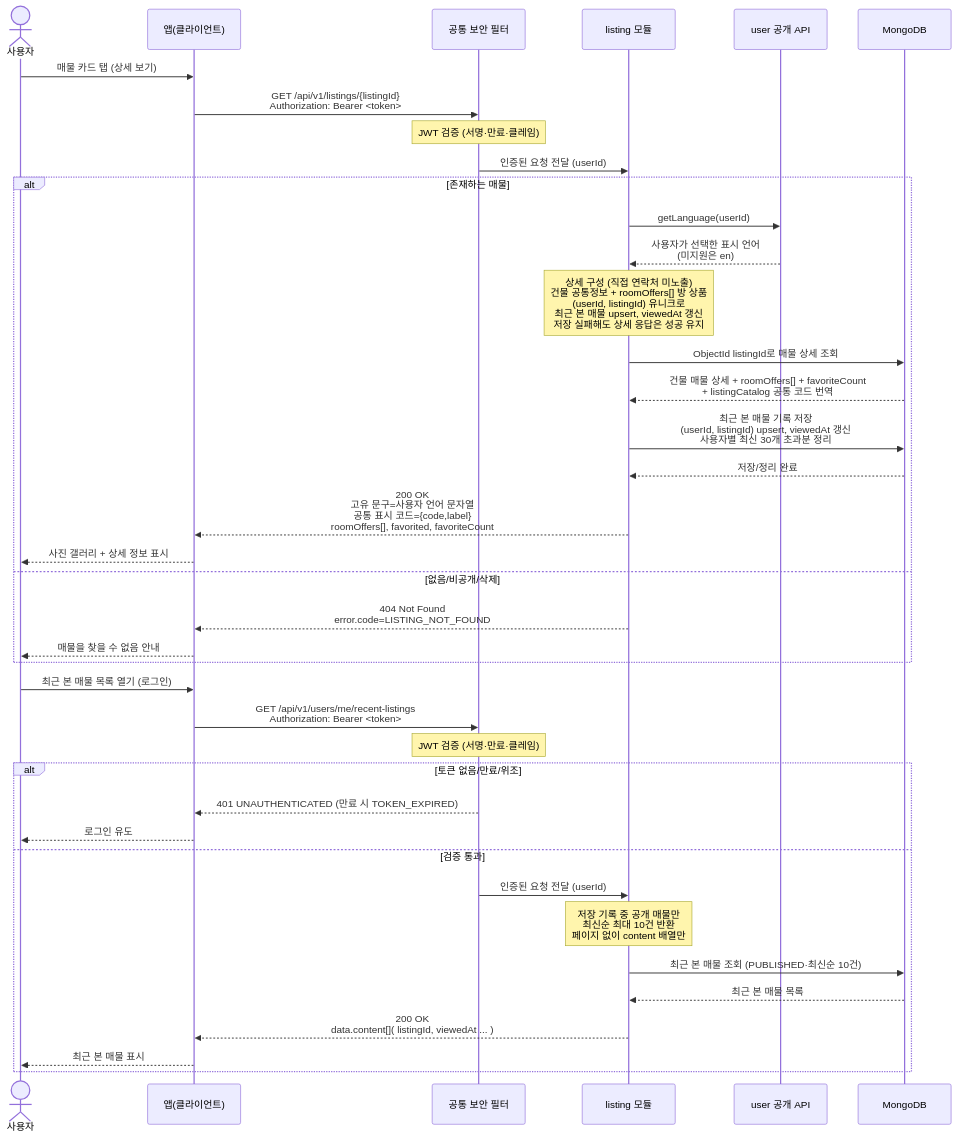
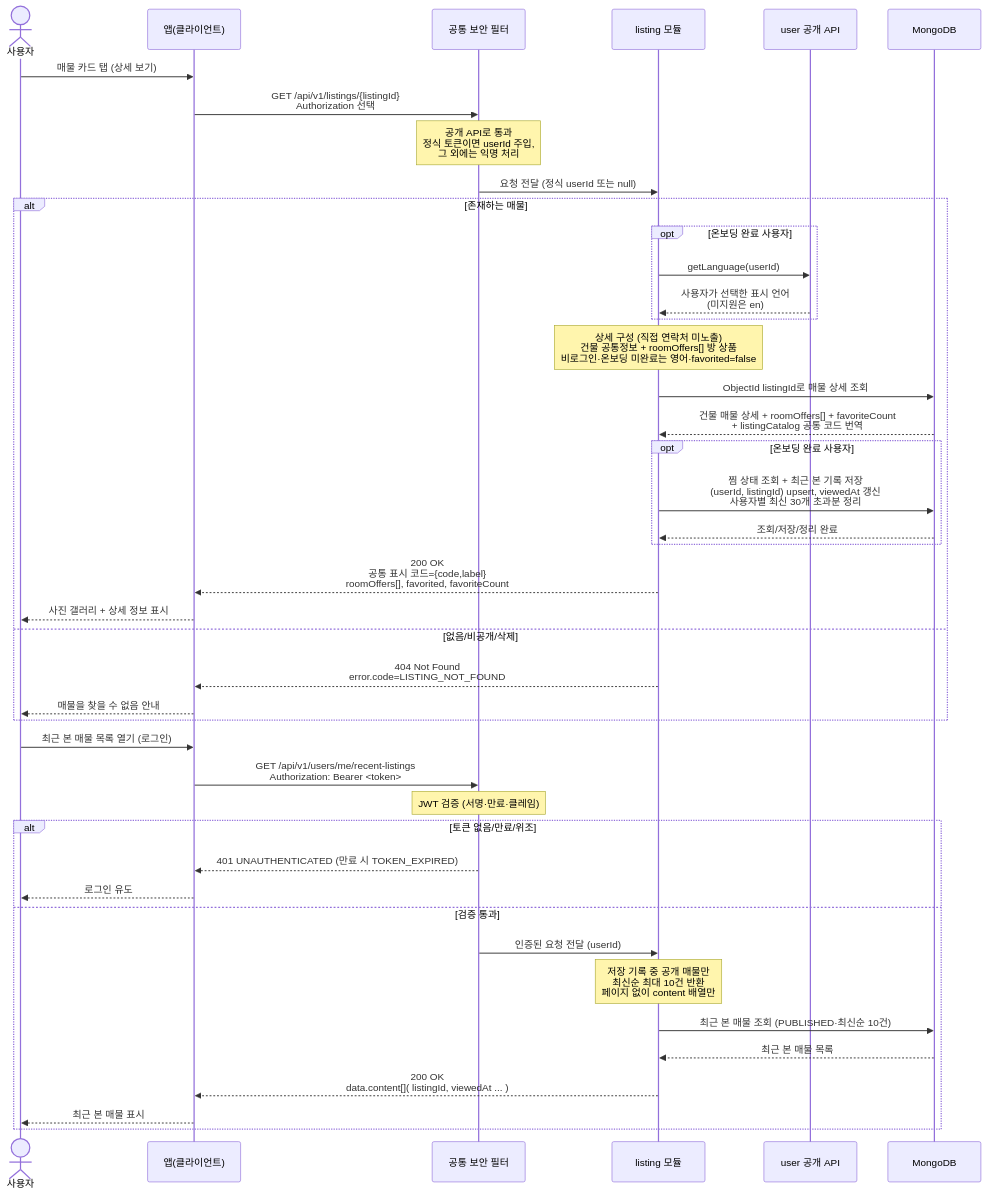
Before and after one commit to jameskim9509/Kohere-backend: the diagram in docs/architecture/sequence-diagrams/03-listings-favorites/us-3-4-listing-detail-recent-viewed.md, drawn with Mermaid. The commit also changed other lines of this file and 7 other files, not shown here.

Commit message:
feat(listing): 비로그인 탐색과 사용자 기능 인증 분리 (#182) (#183)

````diff
--- a/docs/architecture/sequence-diagrams/03-listings-favorites/us-3-4-listing-detail-recent-viewed.md
+++ b/docs/architecture/sequence-diagrams/03-listings-favorites/us-3-4-listing-detail-recent-viewed.md
@@ -5,42 +5,46 @@
 ```mermaid
 sequenceDiagram
     actor U as 사용자
     participant C as 앱(클라이언트)
     participant SEC as 공통 보안 필터
     participant LIST as listing 모듈
     participant USER as user 공개 API
     participant DB as MongoDB
 
     U->>C: 매물 카드 탭 (상세 보기)
-    C->>SEC: GET /api/v1/listings/{listingId}<br/>Authorization: Bearer <token>
-    Note over SEC: JWT 검증 (서명·만료·클레임)
-    SEC->>LIST: 인증된 요청 전달 (userId)
+    C->>SEC: GET /api/v1/listings/{listingId}<br/>Authorization 선택
+    Note over SEC: 공개 API로 통과<br/>정식 토큰이면 userId 주입,<br/>그 외에는 익명 처리
+    SEC->>LIST: 요청 전달 (정식 userId 또는 null)
     alt 존재하는 매물
-        LIST->>USER: getLanguage(userId)
-        USER-->>LIST: 사용자가 선택한 표시 언어<br/>(미지원은 en)
-        Note over LIST: 상세 구성 (직접 연락처 미노출)<br/>건물 공통정보 + roomOffers[] 방 상품<br/>(userId, listingId) 유니크로<br/>최근 본 매물 upsert, viewedAt 갱신<br/>저장 실패해도 상세 응답은 성공 유지
+        opt 온보딩 완료 사용자
+            LIST->>USER: getLanguage(userId)
+            USER-->>LIST: 사용자가 선택한 표시 언어<br/>(미지원은 en)
+        end
+        Note over LIST: 상세 구성 (직접 연락처 미노출)<br/>건물 공통정보 + roomOffers[] 방 상품<br/>비로그인·온보딩 미완료는 영어·favorited=false
         LIST->>DB: ObjectId listingId로 매물 상세 조회
         DB-->>LIST: 건물 매물 상세 + roomOffers[] + favoriteCount<br/>+ listingCatalog 공통 코드 번역
-        LIST->>DB: 최근 본 매물 기록 저장<br/>(userId, listingId) upsert, viewedAt 갱신<br/>사용자별 최신 30개 초과분 정리
-        DB-->>LIST: 저장/정리 완료
-        LIST-->>C: 200 OK<br/>고유 문구=사용자 언어 문자열<br/>공통 표시 코드={code,label}<br/>roomOffers[], favorited, favoriteCount
+        opt 온보딩 완료 사용자
+            LIST->>DB: 찜 상태 조회 + 최근 본 기록 저장<br/>(userId, listingId) upsert, viewedAt 갱신<br/>사용자별 최신 30개 초과분 정리
+            DB-->>LIST: 조회/저장/정리 완료
+        end
+        LIST-->>C: 200 OK<br/>공통 표시 코드={code,label}<br/>roomOffers[], favorited, favoriteCount
         C-->>U: 사진 갤러리 + 상세 정보 표시
     else 없음/비공개/삭제
         LIST-->>C: 404 Not Found<br/>error.code=LISTING_NOT_FOUND
         C-->>U: 매물을 찾을 수 없음 안내
     end
     U->>C: 최근 본 매물 목록 열기 (로그인)
     C->>SEC: GET /api/v1/users/me/recent-listings<br/>Authorization: Bearer <token>
     Note over SEC: JWT 검증 (서명·만료·클레임)
     alt 토큰 없음/만료/위조
         SEC-->>C: 401 UNAUTHENTICATED (만료 시 TOKEN_EXPIRED)
         C-->>U: 로그인 유도
     else 검증 통과
         SEC->>LIST: 인증된 요청 전달 (userId)
         Note over LIST: 저장 기록 중 공개 매물만<br/>최신순 최대 10건 반환<br/>페이지 없이 content 배열만
         LIST->>DB: 최근 본 매물 조회 (PUBLISHED·최신순 10건)
         DB-->>LIST: 최근 본 매물 목록
         LIST-->>C: 200 OK<br/>data.content[]( listingId, viewedAt ... )
         C-->>U: 최근 본 매물 표시
     end
 ```
````
